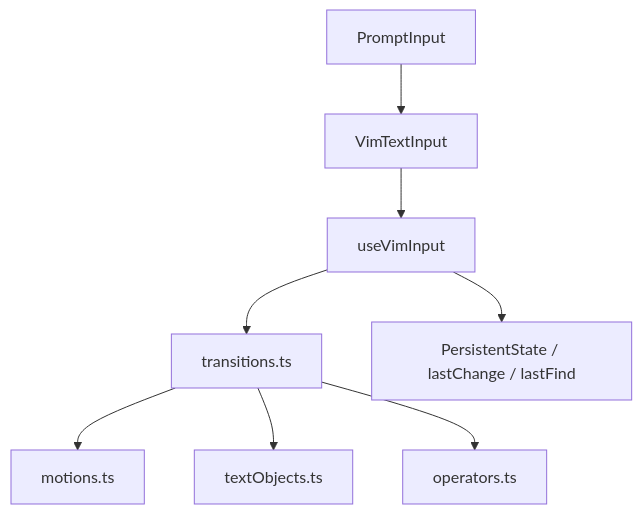
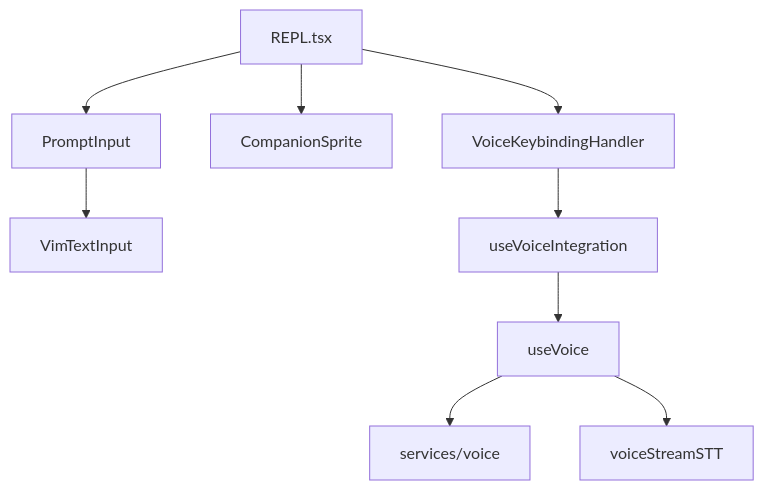
One commit to Boulea7/ClaudeCode-Source-DeepDive changed the first of 2 diagrams in MODULES/04-buddy-voice-vim-and-terminal-ui/DEEP/README.md. Above: the diagram before and after it, drawn with Mermaid. The commit also changed other lines of this file and 92 other files, not shown here.

````diff
--- a/MODULES/04-buddy-voice-vim-and-terminal-ui/DEEP/README.md
+++ b/MODULES/04-buddy-voice-vim-and-terminal-ui/DEEP/README.md
@@ -241,10 +121,11 @@
 ```mermaid
 flowchart TD
-    A[PromptInput] --> B[VimTextInput]
-    B --> C[useVimInput]
-    C --> D[transitions.ts]
-    D --> E[motions.ts]
-    D --> F[textObjects.ts]
-    D --> G[operators.ts]
-    C --> H[PersistentState / lastChange / lastFind]
+    A[REPL.tsx] --> B[PromptInput]
+    A --> C[CompanionSprite]
+    A --> D[VoiceKeybindingHandler]
+    B --> E[VimTextInput]
+    D --> F[useVoiceIntegration]
+    F --> G[useVoice]
+    G --> H[services/voice]
+    G --> I[voiceStreamSTT]
 ```
````
